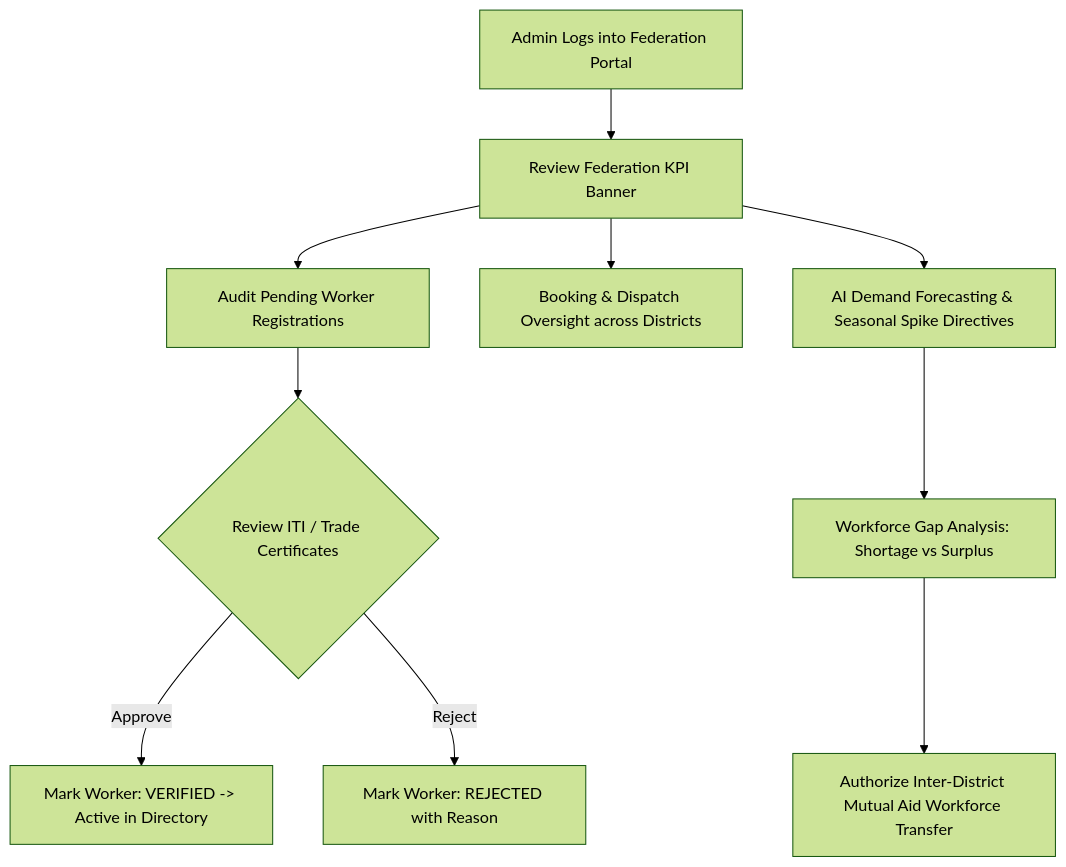
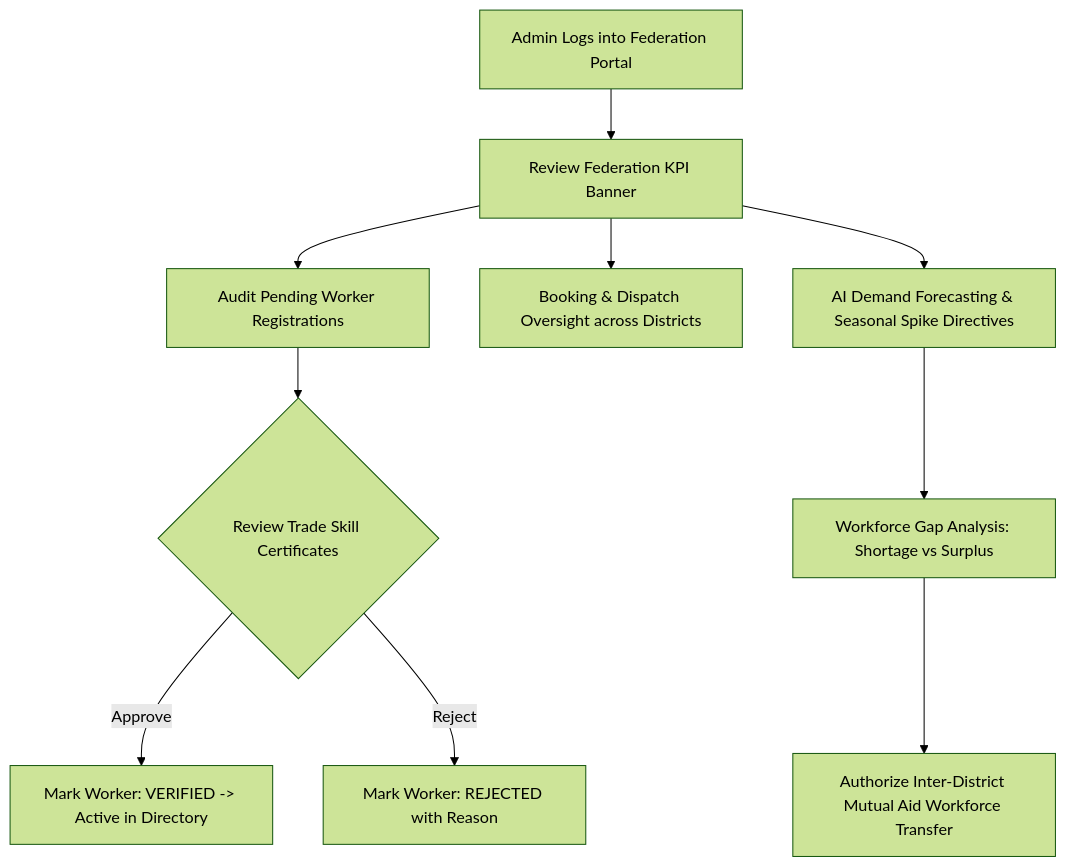
Before and after one commit to sarathyprasad/hack089: the third of 3 diagrams in WORKFLOW.md, drawn with Mermaid (forest theme). The commit also changed other lines of this file and 286 other files, not shown here.

````diff
--- a/WORKFLOW.md
+++ b/WORKFLOW.md
@@ -66,12 +66,12 @@
 ```mermaid
 graph TD
     A1[Admin Logs into Federation Portal] --> A2[Review Federation KPI Banner]
     A2 --> A3[Audit Pending Worker Registrations]
-    A3 --> A4{Review ITI / Trade Certificates}
+    A3 --> A4{Review Trade Skill Certificates}
     A4 -->|Approve| A5[Mark Worker: VERIFIED -> Active in Directory]
     A4 -->|Reject| A6[Mark Worker: REJECTED with Reason]
     A2 --> A7[Booking & Dispatch Oversight across Districts]
     A2 --> A8[AI Demand Forecasting & Seasonal Spike Directives]
     A8 --> A9[Workforce Gap Analysis: Shortage vs Surplus]
     A9 --> A10[Authorize Inter-District Mutual Aid Workforce Transfer]
 ```
````
